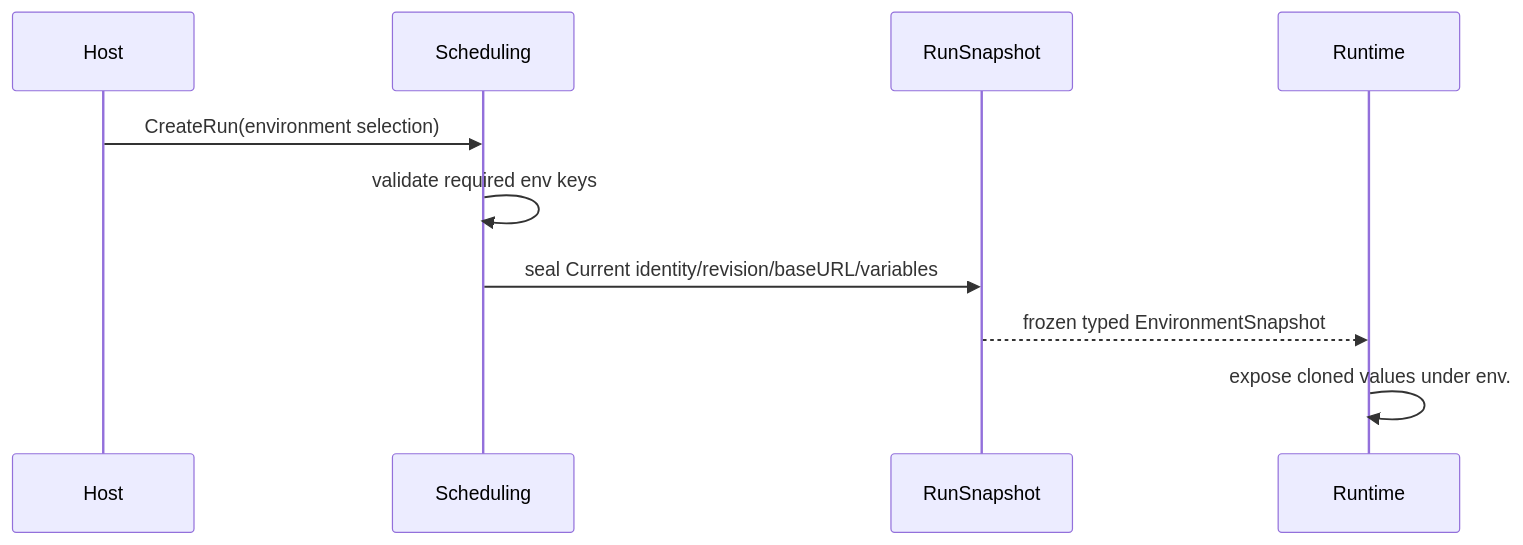
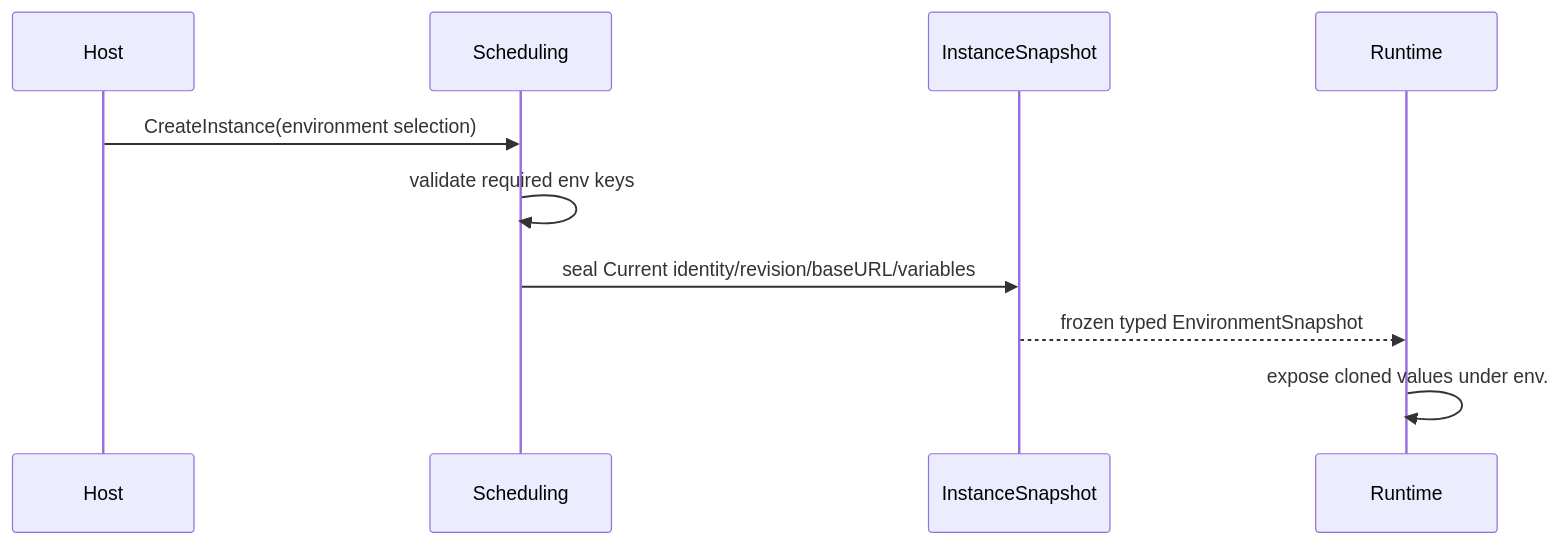
Before and after one commit to Capsule7446/healix-core: the diagram in docs/application/scheduling/freeze-environment-properties.md, drawn with Mermaid. The commit also changed other lines of this file and 380 other files, not shown here.

````diff
--- a/docs/application/scheduling/freeze-environment-properties.md
+++ b/docs/application/scheduling/freeze-environment-properties.md
@@ -20,12 +20,12 @@
 ```mermaid
 sequenceDiagram
     participant Host
     participant Scheduling
-    participant Snapshot as RunSnapshot
+    participant Snapshot as InstanceSnapshot
     participant Runtime
-    Host->>Scheduling: CreateRun(environment selection)
+    Host->>Scheduling: CreateInstance(environment selection)
     Scheduling->>Scheduling: validate required env keys
     Scheduling->>Snapshot: seal Current identity/revision/baseURL/variables
     Snapshot-->>Runtime: frozen typed EnvironmentSnapshot
     Runtime->>Runtime: expose cloned values under env.
 ```
````
